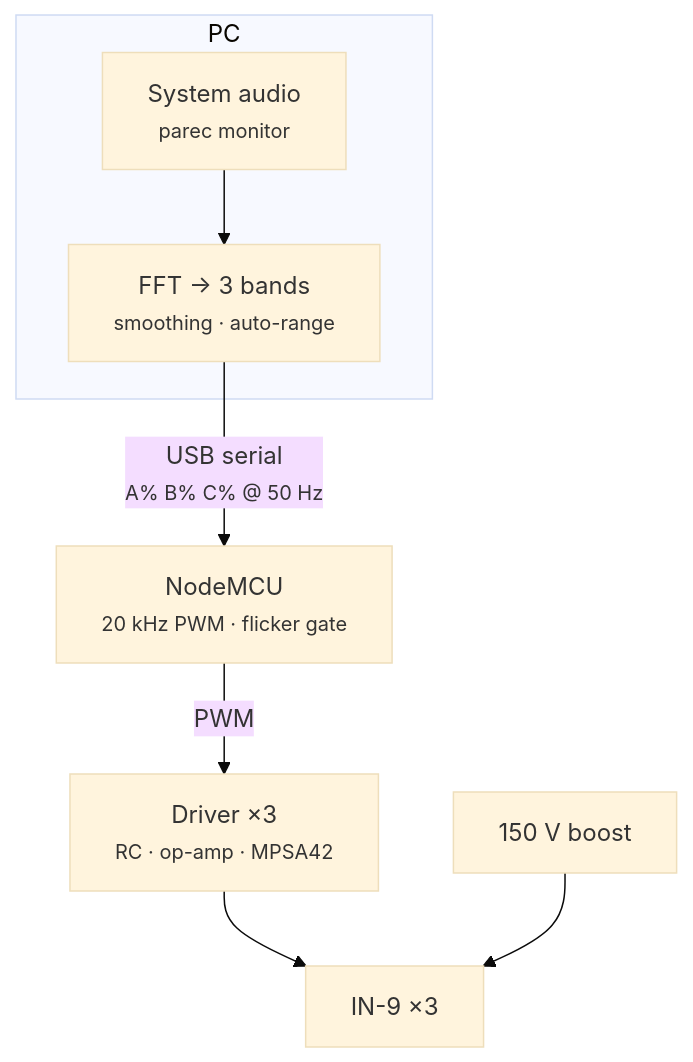
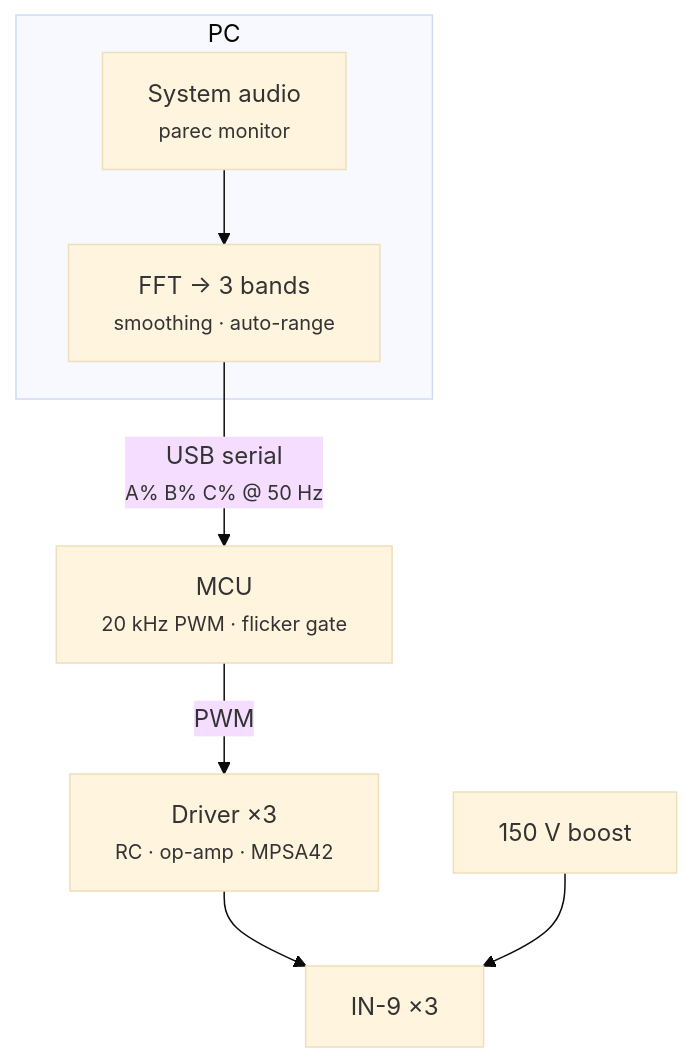
Before and after one commit to mtlevine0/blog: the diagram in content/posts/in-9-spectrum-analyzer/part-1-driver-prototype/index.md, drawn with Mermaid (base theme). The commit also changed other lines of this file and 1 other file, not shown here.

Commit message:
Edit IN-9 parts 1 and 2: genericize MCU references and tighten prose

````diff
--- a/content/posts/in-9-spectrum-analyzer/part-1-driver-prototype/index.md
+++ b/content/posts/in-9-spectrum-analyzer/part-1-driver-prototype/index.md
@@ -88,10 +88,10 @@
 ```mermaid
 flowchart TB
     subgraph pc["PC"]
         a["System audio<br/><small>parec monitor</small>"] --> f["FFT → 3 bands<br/><small>smoothing · auto-range</small>"]
     end
-    f -- "USB serial<br/><small>A% B% C% @ 50 Hz</small>" --> m["NodeMCU<br/><small>20 kHz PWM · flicker gate</small>"]
+    f -- "USB serial<br/><small>A% B% C% @ 50 Hz</small>" --> m["MCU<br/><small>20 kHz PWM · flicker gate</small>"]
     m -- PWM --> d["Driver ×3<br/><small>RC · op-amp · MPSA42</small>"]
     d --> t["IN-9 ×3"]
     hv["150 V boost"] --> t
 ```
````
